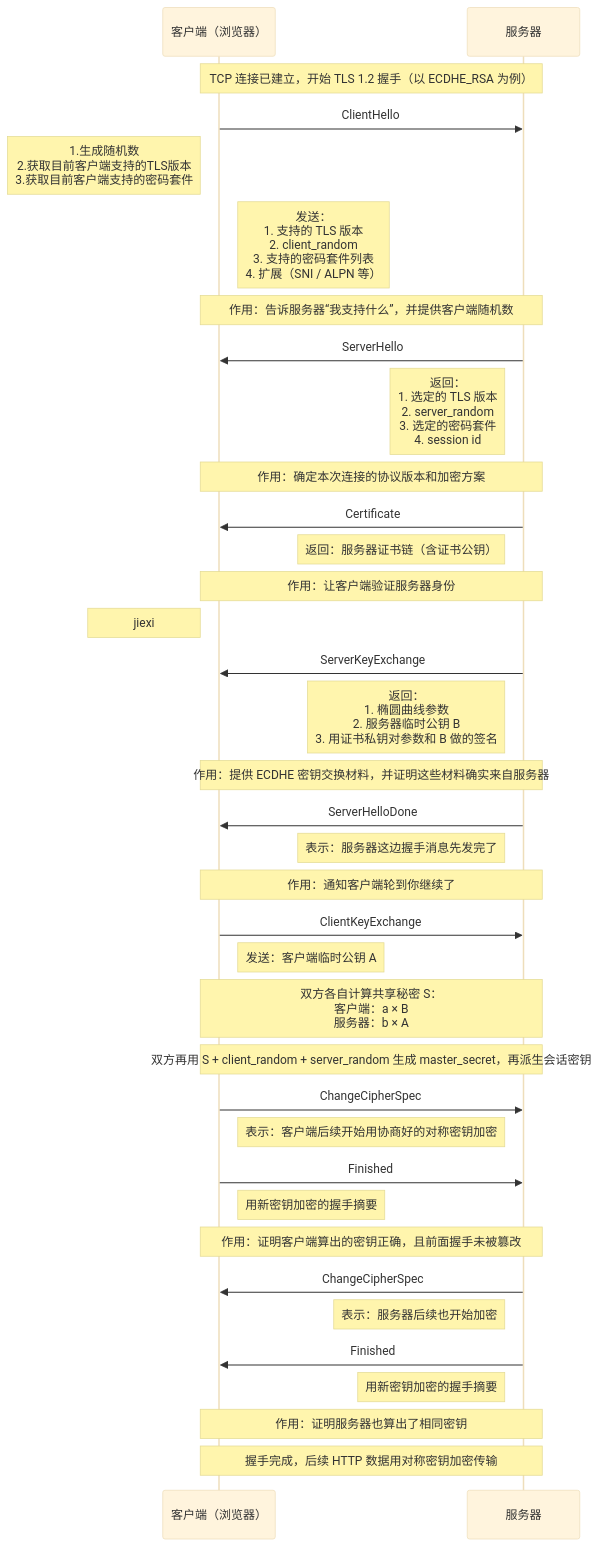
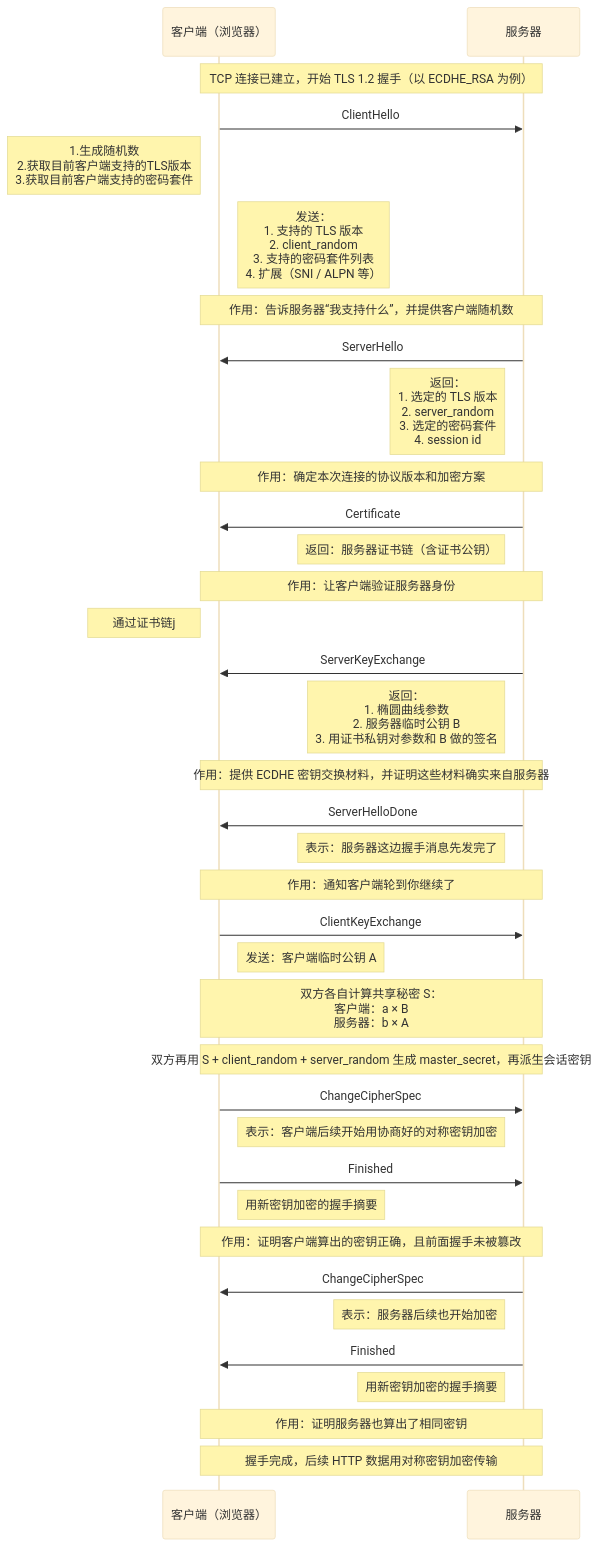
One commit to HY-10-8/iodraw-files changed the diagram in all/TLS-1.2-ECDHA.md. Above: the diagram before and after it, drawn with Mermaid (base theme).

Commit message:
2026-03-30 16:50:33 update

````diff
--- a/all/TLS-1.2-ECDHA.md
+++ b/all/TLS-1.2-ECDHA.md
@@ -1,51 +1,51 @@
 ```mermaid
 sequenceDiagram
     participant C as 客户端（浏览器）
     participant S as 服务器
 
     Note over C,S: TCP 连接已建立，开始 TLS 1.2 握手（以 ECDHE_RSA 为例）
 
     C->>S: ClientHello
     Note left of C: 1.生成随机数<br/> 2.获取目前客户端支持的TLS版本<br/> 3.获取目前客户端支持的密码套件
     Note right of C: 发送：<br/>1. 支持的 TLS 版本<br/>2. client_random<br/>3. 支持的密码套件列表<br/>4. 扩展（SNI / ALPN 等）
     Note over C,S: 作用：告诉服务器“我支持什么”，并提供客户端随机数
 
     S->>C: ServerHello
     Note left of S: 返回：<br/>1. 选定的 TLS 版本<br/>2. server_random<br/>3. 选定的密码套件<br/>4. session id
     Note over C,S: 作用：确定本次连接的协议版本和加密方案
 
     S->>C: Certificate
     Note left of S: 返回：服务器证书链（含证书公钥）
     Note over C,S: 作用：让客户端验证服务器身份
-    Note left of C: jiexi
+    Note left of C: 通过证书链j
 
     S->>C: ServerKeyExchange
     Note left of S: 返回：<br/>1. 椭圆曲线参数<br/>2. 服务器临时公钥 B<br/>3. 用证书私钥对参数和 B 做的签名
     Note over C,S: 作用：提供 ECDHE 密钥交换材料，并证明这些材料确实来自服务器
 
     S->>C: ServerHelloDone
     Note left of S: 表示：服务器这边握手消息先发完了
     Note over C,S: 作用：通知客户端轮到你继续了
 
     C->>S: ClientKeyExchange
     Note right of C: 发送：客户端临时公钥 A
     Note over C,S: 双方各自计算共享秘密 S：<br/>客户端：a × B<br/>服务器：b × A
 
     Note over C,S: 双方再用 S + client_random + server_random 生成 master_secret，再派生会话密钥
 
     C->>S: ChangeCipherSpec
     Note right of C: 表示：客户端后续开始用协商好的对称密钥加密
 
     C->>S: Finished
     Note right of C: 用新密钥加密的握手摘要
     Note over C,S: 作用：证明客户端算出的密钥正确，且前面握手未被篡改
 
     S->>C: ChangeCipherSpec
     Note left of S: 表示：服务器后续也开始加密
 
     S->>C: Finished
     Note left of S: 用新密钥加密的握手摘要
     Note over C,S: 作用：证明服务器也算出了相同密钥
 
     Note over C,S: 握手完成，后续 HTTP 数据用对称密钥加密传输
 ```
````
